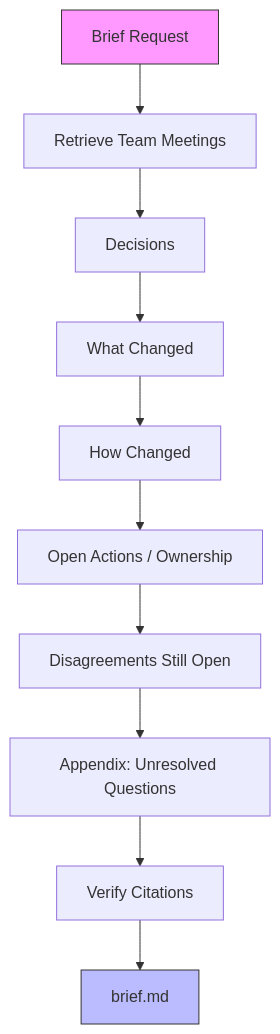
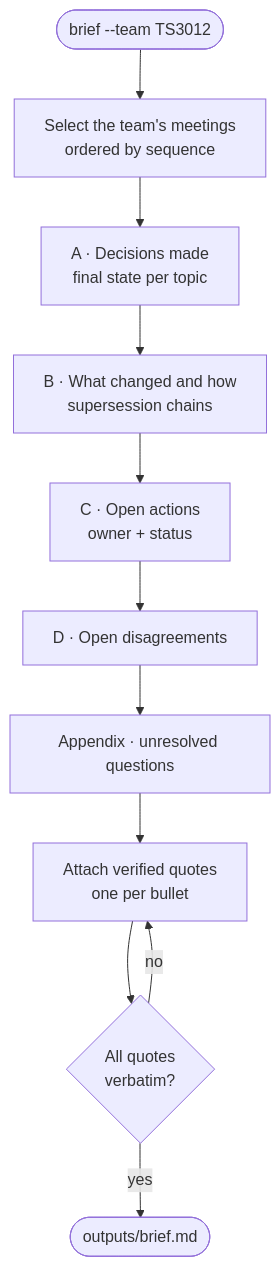
One commit to mzainulabideendev/meeting-memory-agent changed the third of 5 diagrams in README.md. Above: the diagram before and after it, drawn with Mermaid. The commit also changed other lines of this file and 1 other file, not shown here.

Commit message:
Fix broken Mermaid diagrams and rewrite README for clarity

````diff
--- a/README.md
+++ b/README.md
@@ -87,14 +146,13 @@
 ```mermaid
 flowchart TD
-    B1[Brief Request] --> B2[Retrieve Team Meetings]
-    B2 --> B3[Decisions]
-    B3 --> B3a[What Changed]
-    B3a --> B3b[How Changed]
-    B3b --> B4[Open Actions / Ownership]
-    B4 --> B5[Disagreements Still Open]
-    B5 --> B6[Appendix: Unresolved Questions]
-    B6 --> B7[Verify Citations]
-    B7 --> B8[brief.md]
-    style B1 fill:#f9f,stroke:#333
-    style B8 fill:#bbf,stroke:#333
+    B0(["brief --team TS3012"]) --> B1["Select the team's meetings<br/>ordered by sequence"]
+    B1 --> B2["A · Decisions made<br/>final state per topic"]
+    B2 --> B3["B · What changed and how<br/>supersession chains"]
+    B3 --> B4["C · Open actions<br/>owner + status"]
+    B4 --> B5["D · Open disagreements"]
+    B5 --> B6["Appendix · unresolved questions"]
+    B6 --> B7["Attach verified quotes<br/>one per bullet"]
+    B7 --> B8{"All quotes<br/>verbatim?"}
+    B8 -->|"no"| B7
+    B8 -->|yes| B9(["outputs/brief.md"])
 ```
````
